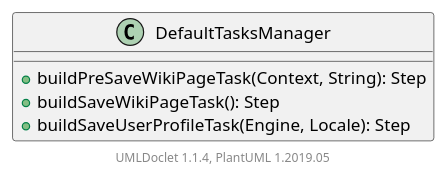
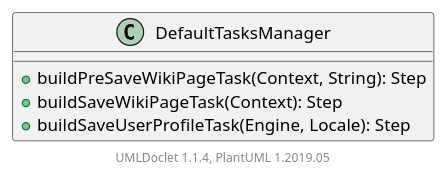
The diagram in apidocs/2.11.0.M7-SNAPSHOT/org/apache/wiki/tasks/DefaultTasksManager.puml (apache/jspwiki-site), drawn with PlantUML before and after one commit. The commit also changed 1311 other files, not shown here.

```diff
--- a/apidocs/2.11.0.M7-SNAPSHOT/org/apache/wiki/tasks/DefaultTasksManager.puml
+++ b/apidocs/2.11.0.M7-SNAPSHOT/org/apache/wiki/tasks/DefaultTasksManager.puml
@@ -1,11 +1,11 @@
 @startuml
 
     class DefaultTasksManager [[DefaultTasksManager.html]] {
         +buildPreSaveWikiPageTask(Context, String): Step
-        +buildSaveWikiPageTask(): Step
+        +buildSaveWikiPageTask(Context): Step
         +buildSaveUserProfileTask(Engine, Locale): Step
     }
 
 
     center footer UMLDoclet 1.1.4, PlantUML 1.2019.05
 @enduml
```
